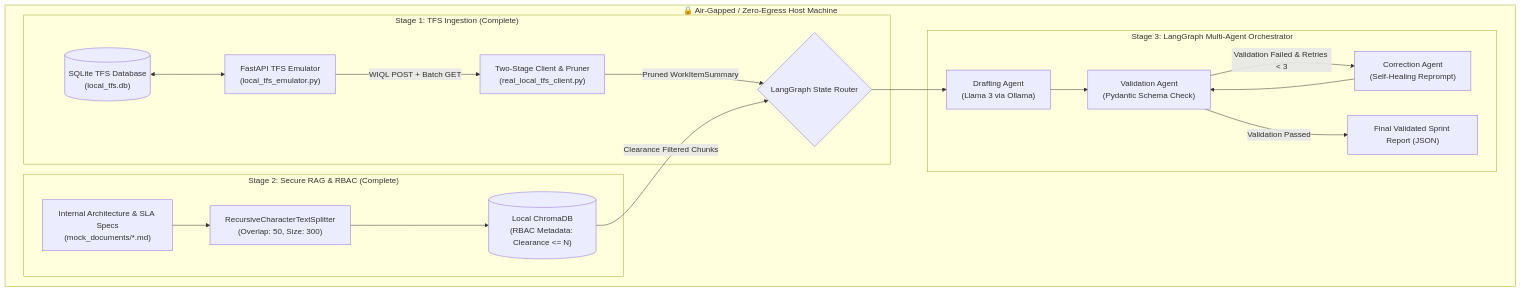
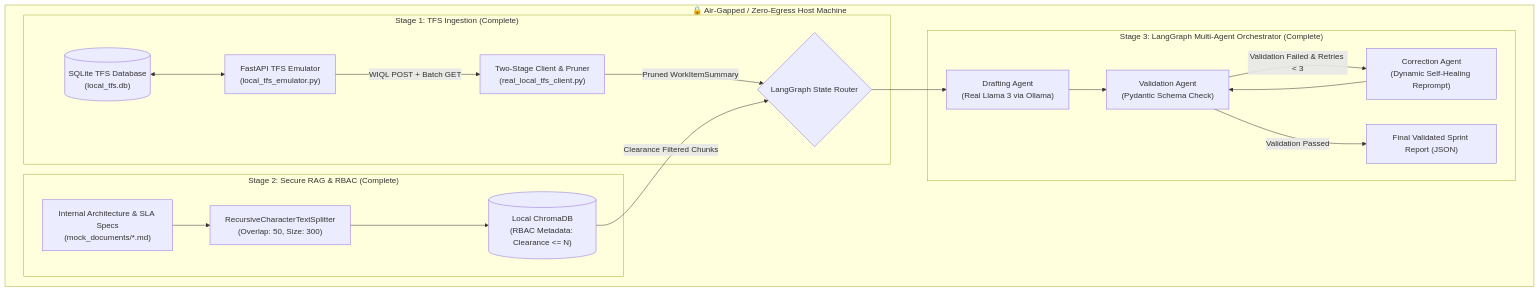
One commit to vvanurag/tfs_agent changed the diagram in README.md. Above: the diagram before and after it, drawn with Mermaid. The commit also changed other lines of this file and 2 other files, not shown here.

Commit message:
docs: update README, gpt_follow_up, and PROJECT_STATUS to reflect 100% completion of Stage 1, 2, and 3

````diff
--- a/README.md
+++ b/README.md
@@ -61,36 +61,36 @@
 ```mermaid
 flowchart TD
     subgraph Local_Enterprise_Environment ["🔒 Air-Gapped / Zero-Egress Host Machine"]
         subgraph Stage1 ["Stage 1: TFS Ingestion (Complete)"]
             TFS_DB[("SQLite TFS Database\n(local_tfs.db)")]
             Emulator["FastAPI TFS Emulator\n(local_tfs_emulator.py)"]
             TFS_Client["Two-Stage Client & Pruner\n(real_local_tfs_client.py)"]
             
             TFS_DB <--> Emulator
             Emulator -->|WIQL POST + Batch GET| TFS_Client
             TFS_Client -->|Pruned WorkItemSummary| StateGraph
         end
 
         subgraph Stage2 ["Stage 2: Secure RAG & RBAC (Complete)"]
             Docs["Internal Architecture & SLA Specs\n(mock_documents/*.md)"]
             Splitter["RecursiveCharacterTextSplitter\n(Overlap: 50, Size: 300)"]
             Chroma[("Local ChromaDB\n(RBAC Metadata: Clearance <= N)")]
             
             Docs --> Splitter --> Chroma
             Chroma -->|Clearance Filtered Chunks| StateGraph
         end
 
-        subgraph Stage3 ["Stage 3: LangGraph Multi-Agent Orchestrator"]
+        subgraph Stage3 ["Stage 3: LangGraph Multi-Agent Orchestrator (Complete)"]
             StateGraph{"LangGraph State Router"}
-            DraftNode["Drafting Agent\n(Llama 3 via Ollama)"]
+            DraftNode["Drafting Agent\n(Real Llama 3 via Ollama)"]
             ValNode["Validation Agent\n(Pydantic Schema Check)"]
-            CorrNode["Correction Agent\n(Self-Healing Reprompt)"]
+            CorrNode["Correction Agent\n(Dynamic Self-Healing Reprompt)"]
             
             StateGraph --> DraftNode
             DraftNode --> ValNode
             ValNode -->|Validation Failed & Retries < 3| CorrNode
             CorrNode --> ValNode
             ValNode -->|Validation Passed| FinalOutput["Final Validated Sprint Report (JSON)"]
         end
     end
 ```
````
